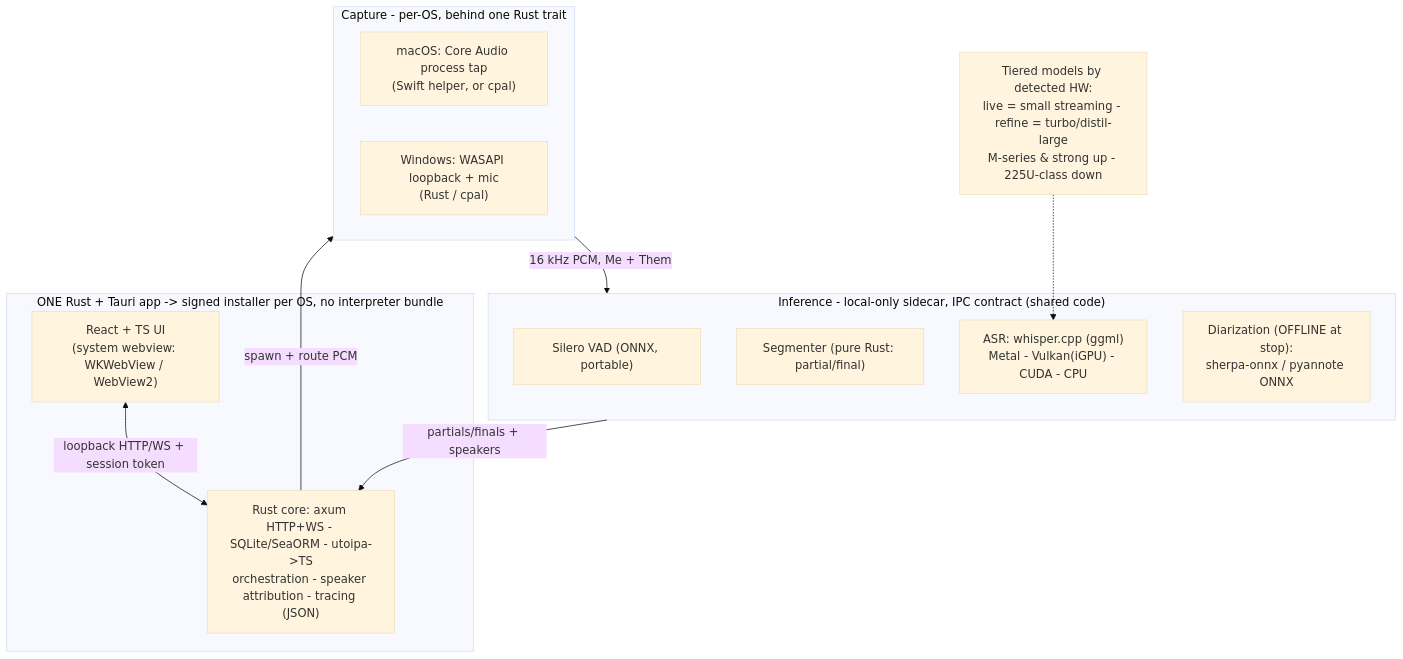
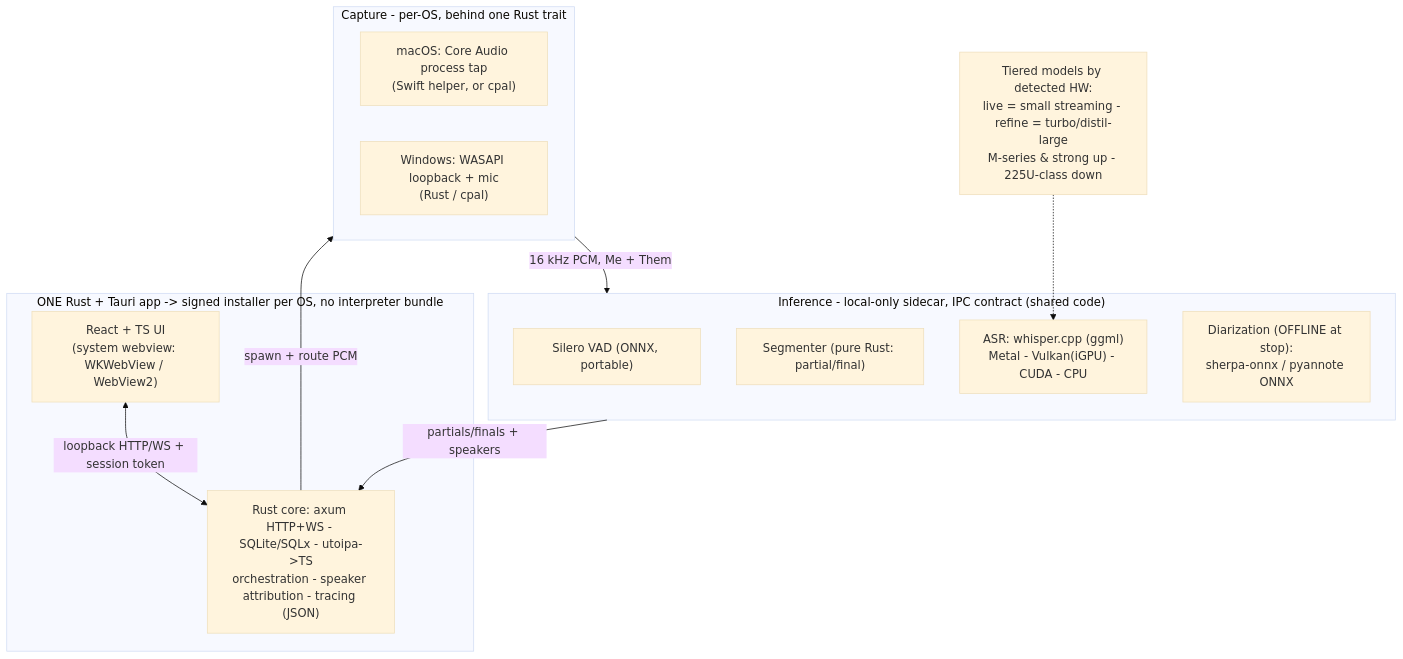
One commit to rwiseman87/hearsay changed the diagram in docs/architecture-cross-platform.md. Above: the diagram before and after it, drawn with Mermaid (base theme). The commit also changed other lines of this file and 54 other files, not shown here.

````diff
--- a/docs/architecture-cross-platform.md
+++ b/docs/architecture-cross-platform.md
@@ -31,25 +30,25 @@
 ```mermaid
 flowchart TB
     subgraph app["ONE Rust + Tauri app -> signed installer per OS, no interpreter bundle"]
         ui["React + TS UI<br/>(system webview: WKWebView / WebView2)"]
-        core["Rust core: axum HTTP+WS - SQLite/SeaORM - utoipa->TS<br/>orchestration - speaker attribution - tracing (JSON)"]
+        core["Rust core: axum HTTP+WS - SQLite/SQLx - utoipa->TS<br/>orchestration - speaker attribution - tracing (JSON)"]
         ui <-->|"loopback HTTP/WS + session token"| core
     end
 
     subgraph cap["Capture - per-OS, behind one Rust trait"]
         mac_cap["macOS: Core Audio process tap<br/>(Swift helper, or cpal)"]
         win_cap["Windows: WASAPI loopback + mic<br/>(Rust / cpal)"]
     end
 
     subgraph inf["Inference - local-only sidecar, IPC contract (shared code)"]
         vad["Silero VAD (ONNX, portable)"]
         seg["Segmenter (pure Rust: partial/final)"]
         asr["ASR: whisper.cpp (ggml)<br/>Metal - Vulkan(iGPU) - CUDA - CPU"]
         diar["Diarization (OFFLINE at stop):<br/>sherpa-onnx / pyannote ONNX"]
     end
 
     core -->|spawn + route PCM| cap
     cap -->|"16 kHz PCM, Me + Them"| inf
     inf -->|partials/finals + speakers| core
     tiers["Tiered models by detected HW:<br/>live = small streaming - refine = turbo/distil-large<br/>M-series & strong up - 225U-class down"] -.-> asr
 ```
````
